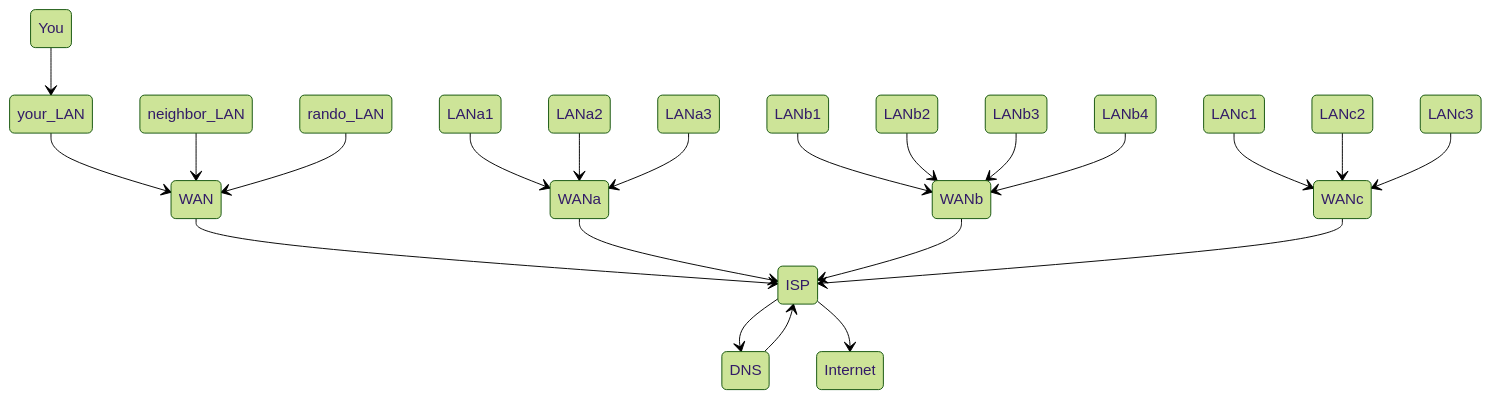
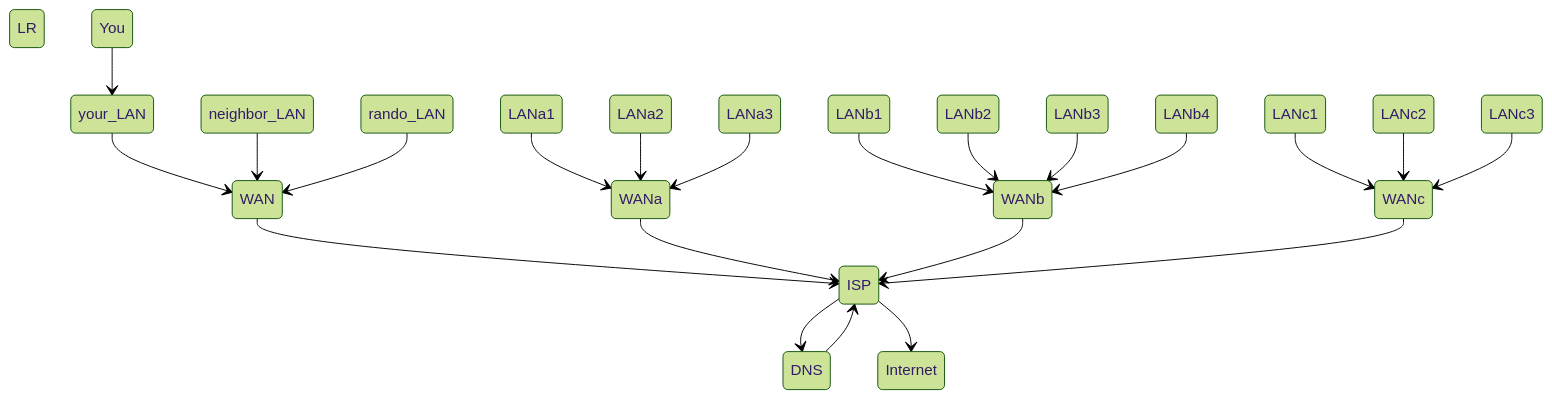
The diagram in README.md (omahane/intro-to-web-development), drawn with Mermaid (forest theme) before and after one commit.

````diff
--- a/README.md
+++ b/README.md
@@ -3,24 +3,24 @@
 ```mermaid
-stateDiagram-v2
+stateDiagram-v2 LR
     You --> your_LAN
     your_LAN --> WAN
     neighbor_LAN --> WAN
     rando_LAN --> WAN
     WAN --> ISP
     LANa1 --> WANa
     LANa2 --> WANa
     LANa3 --> WANa
     WANa --> ISP
     LANb1 --> WANb
     LANb2 --> WANb
     LANb3 --> WANb
     LANb4 --> WANb
     WANb --> ISP
     LANc1 --> WANc
     LANc2 --> WANc
     LANc3 --> WANc
     WANc --> ISP
     ISP --> DNS
     DNS --> ISP
     ISP --> Internet
 ```
````
